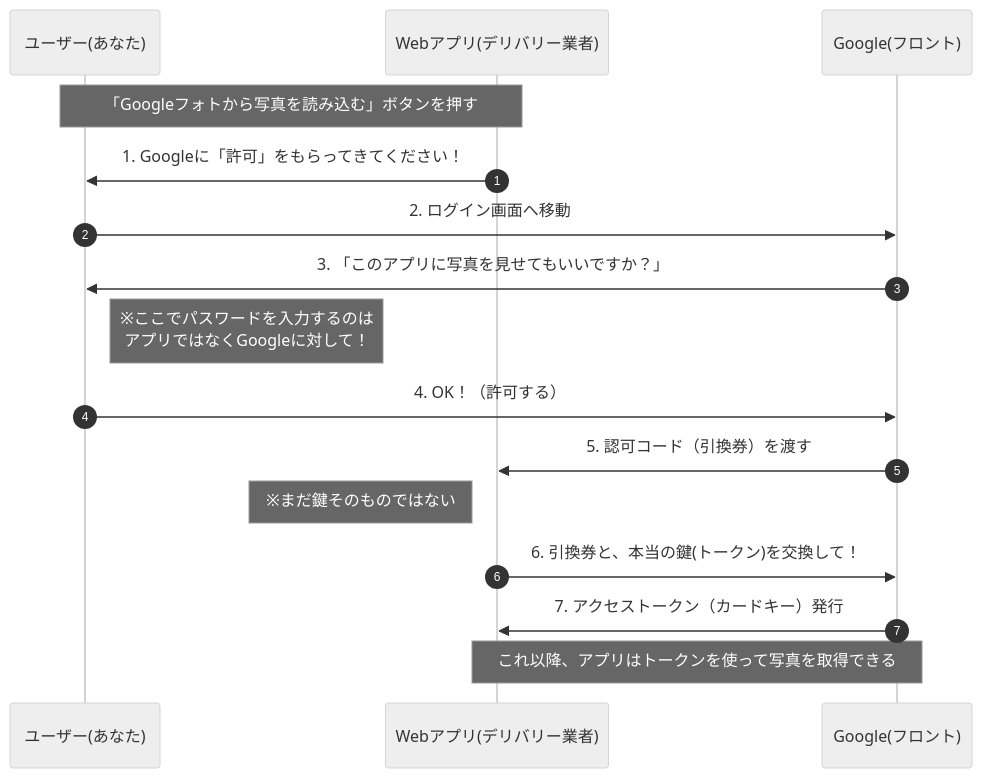
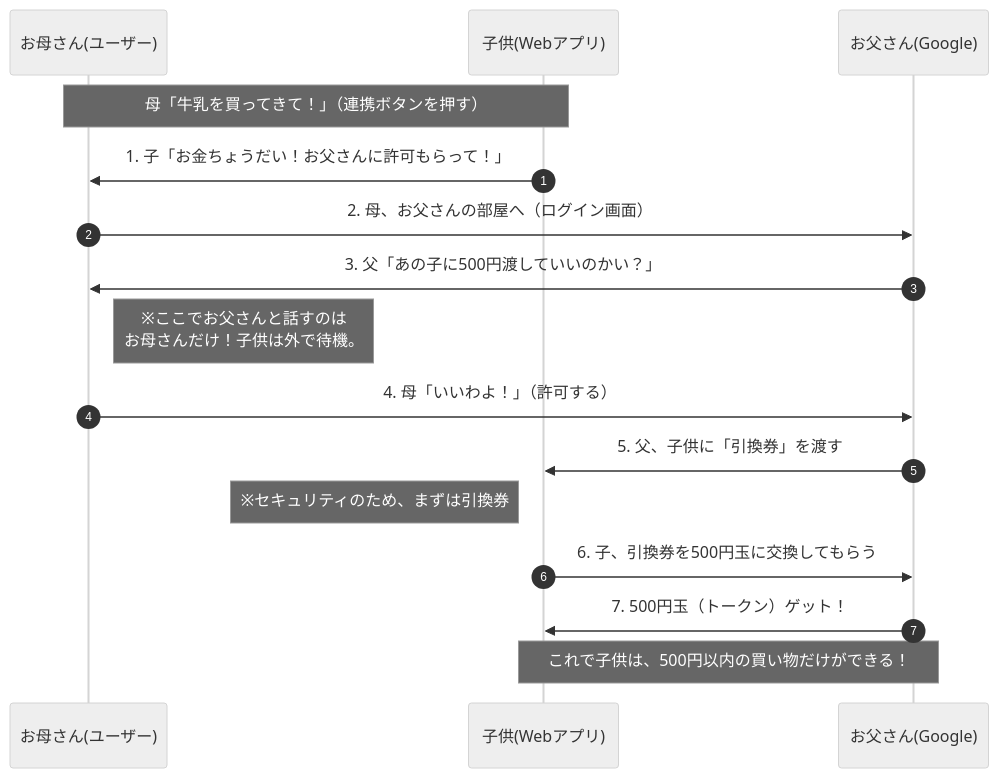
One commit to herisson0818/my-qiita-articles changed the diagram in public/Aouth2.0.md. Above: the diagram before and after it, drawn with Mermaid (neutral theme). The commit also changed other lines of this file, not shown here.

`````diff
--- a/public/Aouth2.0.md
+++ b/public/Aouth2.0.md
@@ -56,19 +74,19 @@
 ```mermaid
 sequenceDiagram
     autonumber
-    participant U as ユーザー(あなた)
-    participant A as Webアプリ(デリバリー業者)
-    participant G as Google(フロント)
+    participant U as お母さん(ユーザー)
+    participant A as 子供(Webアプリ)
+    participant G as お父さん(Google)
 
-    Note over U, A: 「Googleフォトから写真を読み込む」ボタンを押す
-    A->>U: 1. Googleに「許可」をもらってきてください！
-    U->>G: 2. ログイン画面へ移動
-    G->>U: 3. 「このアプリに写真を見せてもいいですか？」
-    Note right of U: ※ここでパスワードを入力するのは<br>アプリではなくGoogleに対して！
-    U->>G: 4. OK！（許可する）
-    G->>A: 5. 認可コード（引換券）を渡す
-    Note left of A: ※まだ鍵そのものではない
-    A->>G: 6. 引換券と、本当の鍵(トークン)を交換して！
-    G->>A: 7. アクセストークン（カードキー）発行
-    Note over A, G: これ以降、アプリはトークンを使って写真を取得できる
-````
+    Note over U, A: 母「牛乳を買ってきて！」（連携ボタンを押す）
+    A->>U: 1. 子「お金ちょうだい！お父さんに許可もらって！」
+    U->>G: 2. 母、お父さんの部屋へ（ログイン画面）
+    G->>U: 3. 父「あの子に500円渡していいのかい？」
+    Note right of U: ※ここでお父さんと話すのは<br>お母さんだけ！子供は外で待機。
+    U->>G: 4. 母「いいわよ！」（許可する）
+    G->>A: 5. 父、子供に「引換券」を渡す
+    Note left of A: ※セキュリティのため、まずは引換券
+    A->>G: 6. 子、引換券を500円玉に交換してもらう
+    G->>A: 7. 500円玉（トークン）ゲット！
+    Note over A, G: これで子供は、500円以内の買い物だけができる！
+```
`````
